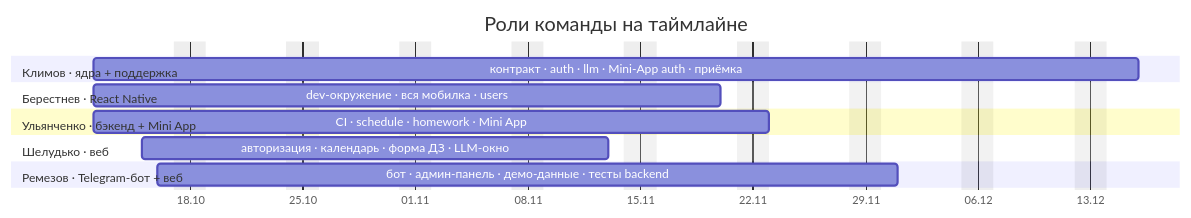
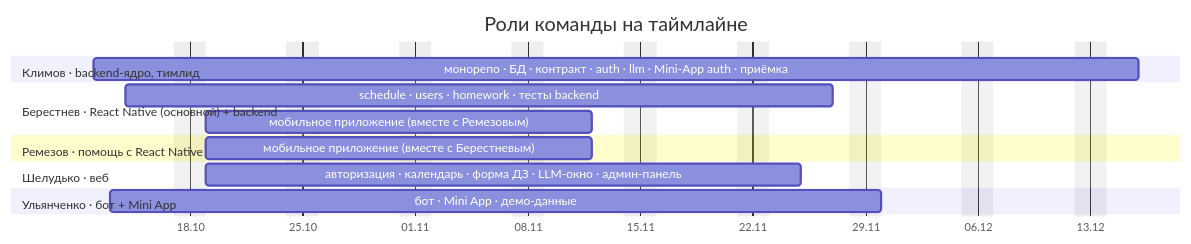
The fourth of 4 diagrams in docs/Roadmap.md (Ivansups/Zeta), drawn with Mermaid before and after one commit. The commit also changed other lines of this file and 4 other files, not shown here.

````diff
--- a/docs/Roadmap.md
+++ b/docs/Roadmap.md
@@ -146,22 +146,23 @@
 ```mermaid
 gantt
     title Роли команды на таймлайне
     dateFormat YYYY-MM-DD
     axisFormat %d.%m
     excludes weekends
 
-    section Климов · ядра + поддержка
-    контракт · auth · llm · Mini-App auth · приёмка :k, 2026-10-12, 2026-12-16
+    section Климов · backend-ядро, тимлид
+    монорепо · БД · контракт · auth · llm · Mini-App auth · приёмка :k, 2026-10-12, 2026-12-16
 
-    section Берестнев · React Native
-    dev-окружение · вся мобилка · users :b, 2026-10-12, 2026-11-20
+    section Берестнев · React Native (основной) + backend
+    schedule · users · homework · тесты backend :b, 2026-10-14, 2026-11-27
+    мобильное приложение (вместе с Ремезовым) :b2, 2026-10-19, 2026-11-12
 
-    section Ульянченко · бэкенд + Mini App
-    CI · schedule · homework · Mini App :u, 2026-10-12, 2026-11-23
+    section Ремезов · помощь с React Native
+    мобильное приложение (вместе с Берестневым) :r, 2026-10-19, 2026-11-12
 
     section Шелудько · веб
-    авторизация · календарь · форма ДЗ · LLM-окно :s, 2026-10-15, 2026-11-13
+    авторизация · календарь · форма ДЗ · LLM-окно · админ-панель :s, 2026-10-19, 2026-11-25
 
-    section Ремезов · Telegram-бот + веб
-    бот · админ-панель · демо-данные · тесты backend :r, 2026-10-16, 2026-12-01
+    section Ульянченко · бот + Mini App
+    бот · Mini App · демо-данные :u, 2026-10-13, 2026-11-30
 ```
````
